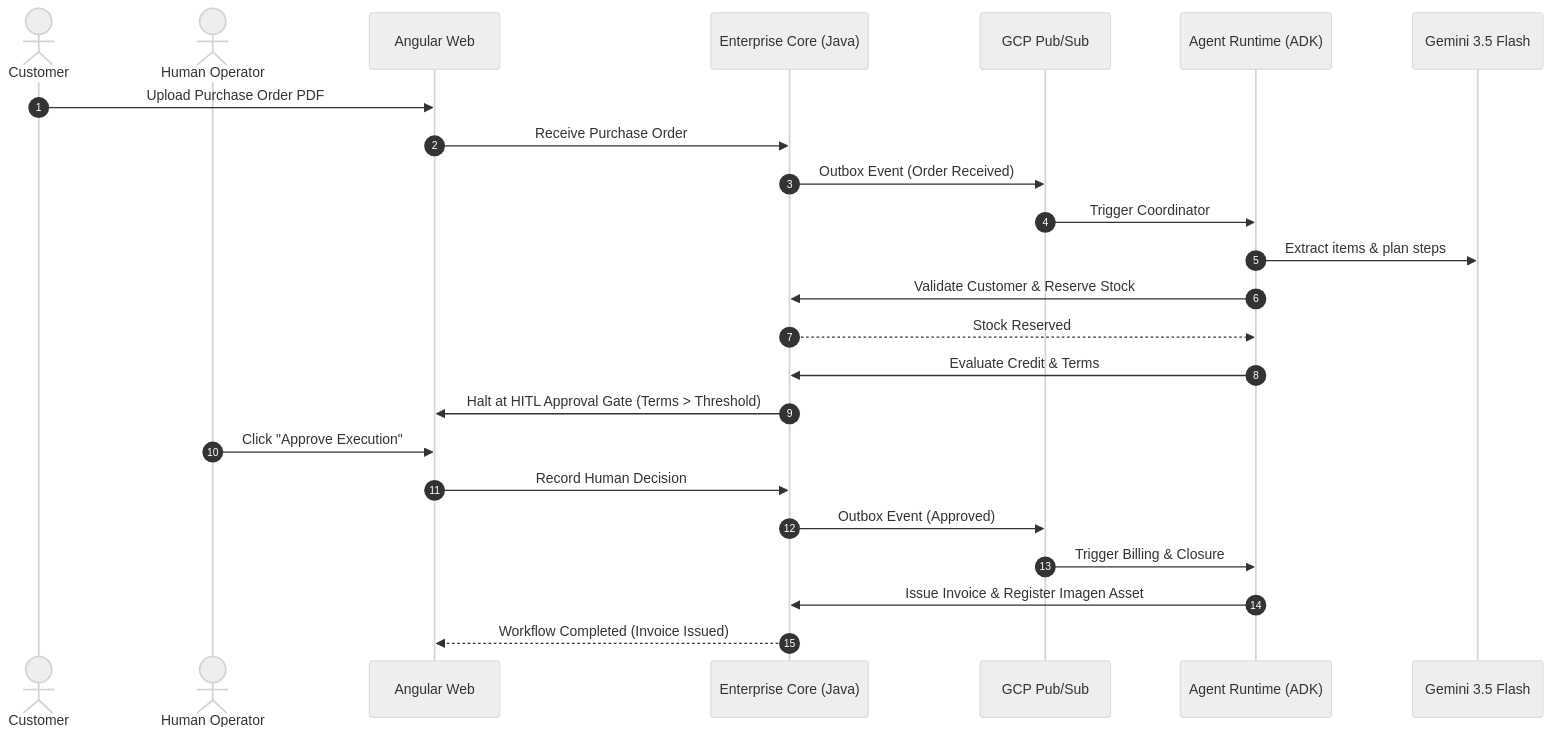
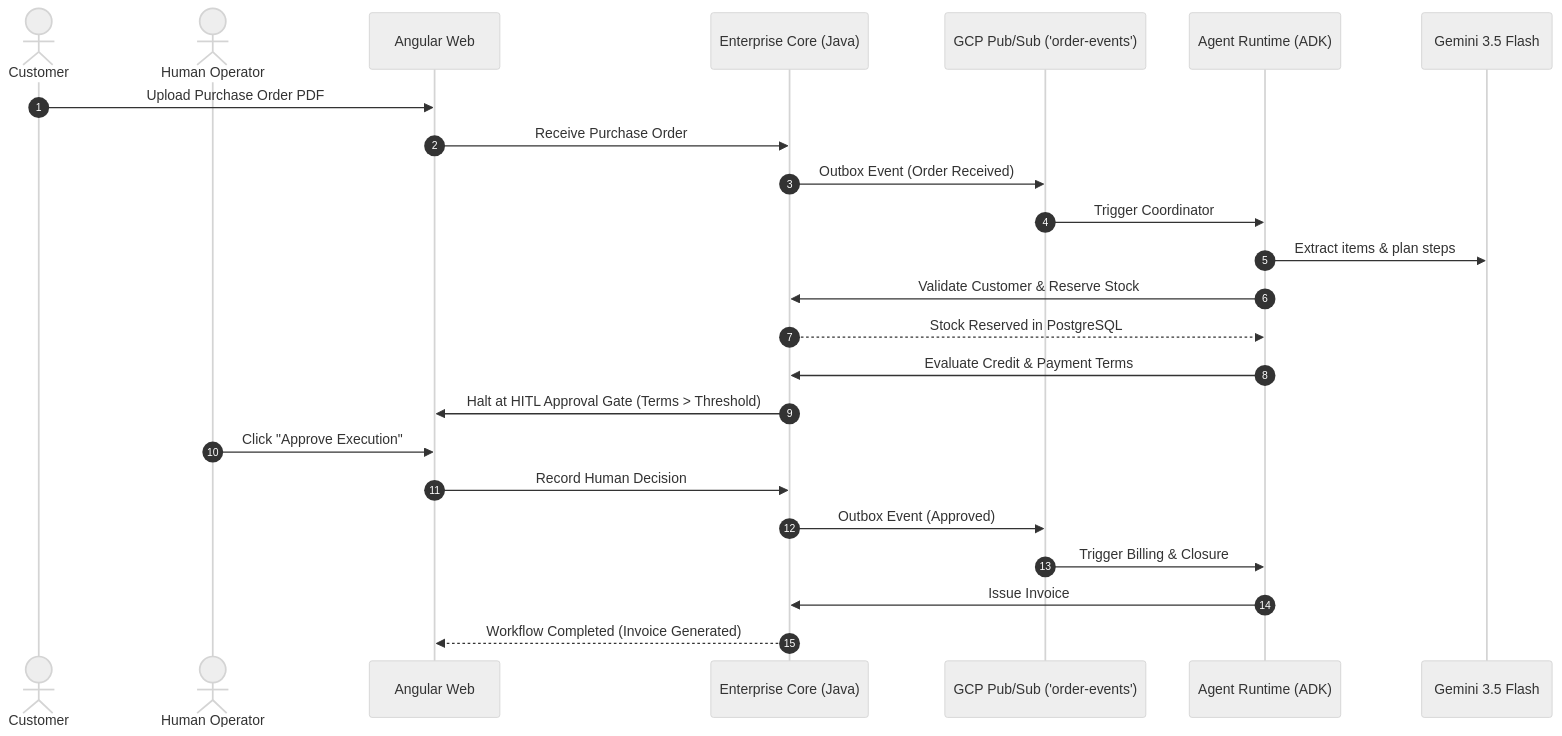
Before and after one commit to Riippex/Vextis-ERP: the diagram in docs/PITCH_DECK.md, drawn with Mermaid (neutral theme). The commit also changed other lines of this file and 6 other files, not shown here.

Commit message:
docs(submission): align presentation package with verified architecture, deployed URL, and realistic claims

````diff
--- a/docs/PITCH_DECK.md
+++ b/docs/PITCH_DECK.md
@@ -79,27 +90,27 @@
 ```mermaid
 sequenceDiagram
     autonumber
     actor Customer
     actor Manager as Human Operator
     participant UI as Angular Web
     participant Core as Enterprise Core (Java)
-    participant PubSub as GCP Pub/Sub
+    participant PubSub as GCP Pub/Sub ('order-events')
     participant Runtime as Agent Runtime (ADK)
     participant Gemini as Gemini 3.5 Flash
 
     Customer->>UI: Upload Purchase Order PDF
     UI->>Core: Receive Purchase Order
     Core->>PubSub: Outbox Event (Order Received)
     PubSub->>Runtime: Trigger Coordinator
     Runtime->>Gemini: Extract items & plan steps
     Runtime->>Core: Validate Customer & Reserve Stock
-    Core-->>Runtime: Stock Reserved
-    Runtime->>Core: Evaluate Credit & Terms
+    Core-->>Runtime: Stock Reserved in PostgreSQL
+    Runtime->>Core: Evaluate Credit & Payment Terms
     Core->>UI: Halt at HITL Approval Gate (Terms > Threshold)
     Manager->>UI: Click "Approve Execution"
     UI->>Core: Record Human Decision
     Core->>PubSub: Outbox Event (Approved)
     PubSub->>Runtime: Trigger Billing & Closure
-    Runtime->>Core: Issue Invoice & Register Imagen Asset
-    Core-->>UI: Workflow Completed (Invoice Issued)
+    Runtime->>Core: Issue Invoice
+    Core-->>UI: Workflow Completed (Invoice Generated)
 ```
````
